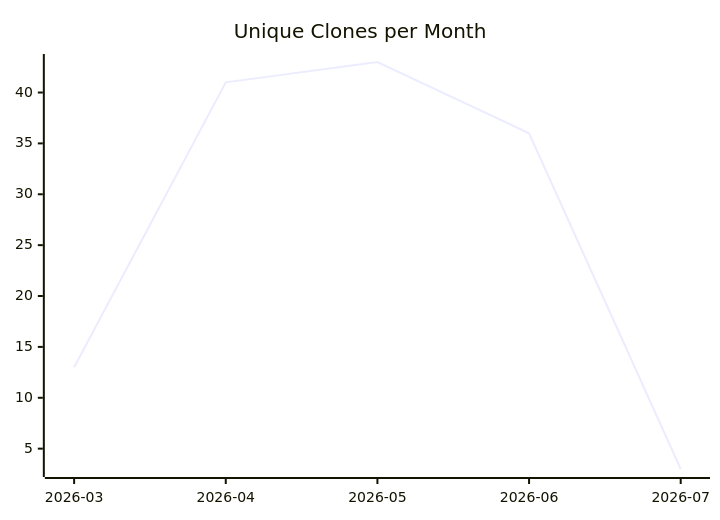
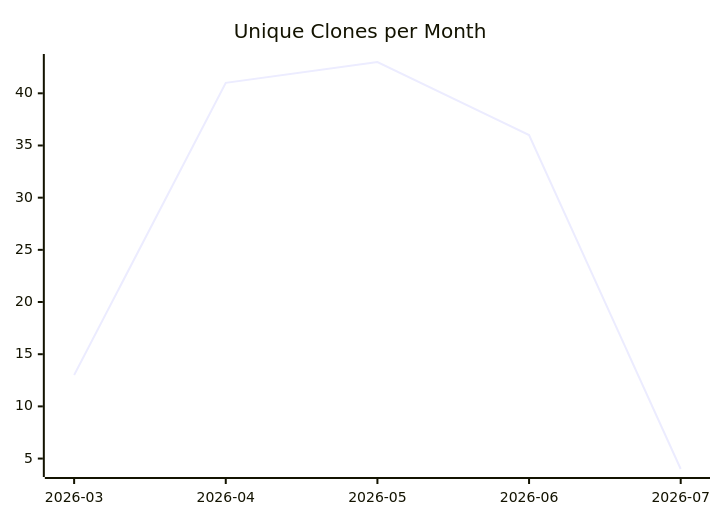
One commit to justdavis-family/github-analytics-data changed the third of 3 diagrams in karlmdavis/usgs-water-api-java/README.md. Above: the diagram before and after it, drawn with Mermaid. The commit also changed other lines of this file and 193 other files, not shown here.

````diff
--- a/karlmdavis/usgs-water-api-java/README.md
+++ b/karlmdavis/usgs-water-api-java/README.md
@@ -19,6 +19,6 @@
 ```mermaid
 xychart-beta
   title "Unique Clones per Month"
   x-axis ["2026-03", "2026-04", "2026-05", "2026-06", "2026-07"]
-  line [13, 41, 43, 36, 3]
+  line [13, 41, 43, 36, 4]
 ```
````
